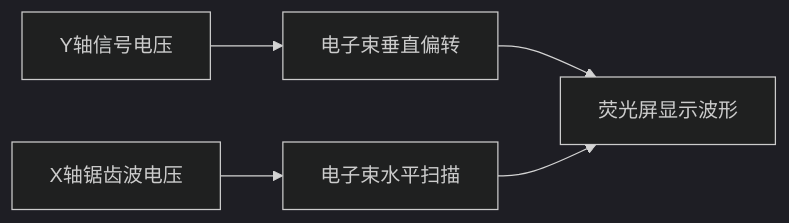
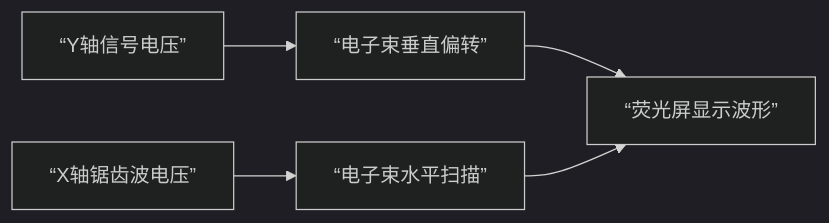
The diagram in docs/08-示波器的使用.md (LiuandXu/physics-experiment-wiki), drawn with Mermaid (dark theme) before and after one commit. The commit also changed other lines of this file and 9 other files, not shown here.

````diff
--- a/docs/08-示波器的使用.md
+++ b/docs/08-示波器的使用.md
@@ -154,7 +154,7 @@
 ```mermaid
 flowchart LR
-    A["Y轴信号电压"] --> B["电子束垂直偏转"]
-    C["X轴锯齿波电压"] --> D["电子束水平扫描"]
-    B --> E["荧光屏显示波形"]
+    A[“Y轴信号电压”] --> B[“电子束垂直偏转”]
+    C[“X轴锯齿波电压”] --> D[“电子束水平扫描”]
+    B --> E[“荧光屏显示波形”]
     D --> E
 ```
````
